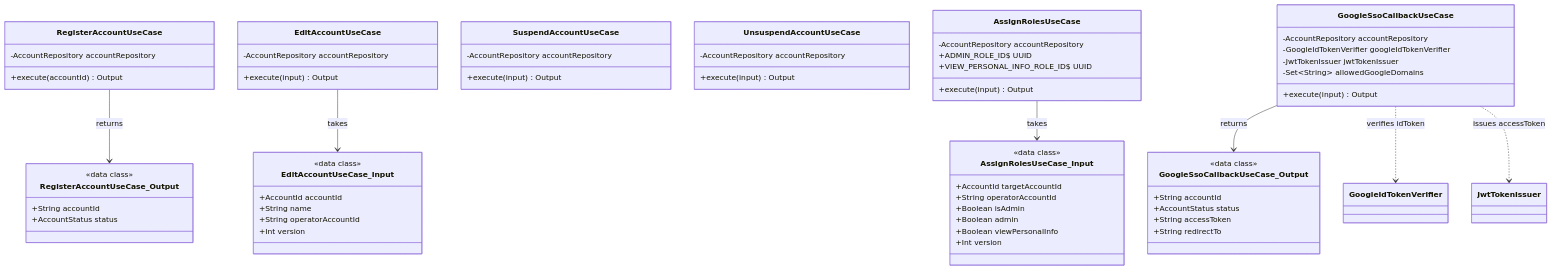
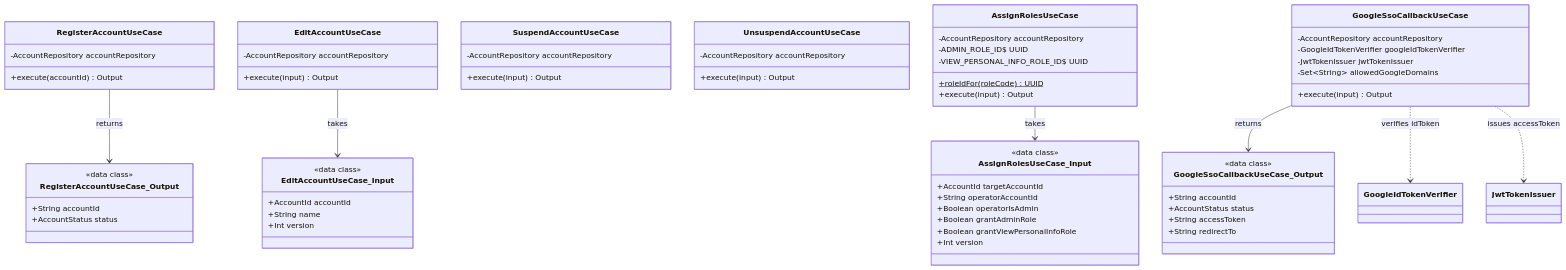
One commit to OkochiDesu/kakehashi-api changed the first of 3 diagrams in src/main/kotlin/com/kakehashi/usecase/account/README.md. Above: the diagram before and after it, drawn with Mermaid. The commit also changed other lines of this file and 23 other files, not shown here.

````diff
--- a/src/main/kotlin/com/kakehashi/usecase/account/README.md
+++ b/src/main/kotlin/com/kakehashi/usecase/account/README.md
@@ -12,72 +12,72 @@
 ```mermaid
 classDiagram
     class RegisterAccountUseCase {
         -AccountRepository accountRepository
         +execute(accountId) Output
     }
     class RegisterAccountUseCase_Output {
         <<data class>>
         +String accountId
         +AccountStatus status
     }
 
     class EditAccountUseCase {
         -AccountRepository accountRepository
         +execute(input) Output
     }
     class EditAccountUseCase_Input {
         <<data class>>
         +AccountId accountId
         +String name
-        +String operatorAccountId
         +Int version
     }
 
     class SuspendAccountUseCase {
         -AccountRepository accountRepository
         +execute(input) Output
     }
 
     class UnsuspendAccountUseCase {
         -AccountRepository accountRepository
         +execute(input) Output
     }
 
     class AssignRolesUseCase {
         -AccountRepository accountRepository
-        +ADMIN_ROLE_ID$ UUID
-        +VIEW_PERSONAL_INFO_ROLE_ID$ UUID
+        -ADMIN_ROLE_ID$ UUID
+        -VIEW_PERSONAL_INFO_ROLE_ID$ UUID
+        +roleIdFor(roleCode)$ UUID
         +execute(input) Output
     }
     class AssignRolesUseCase_Input {
         <<data class>>
         +AccountId targetAccountId
         +String operatorAccountId
-        +Boolean isAdmin
-        +Boolean admin
-        +Boolean viewPersonalInfo
+        +Boolean operatorIsAdmin
+        +Boolean grantAdminRole
+        +Boolean grantViewPersonalInfoRole
         +Int version
     }
 
     class GoogleSsoCallbackUseCase {
         -AccountRepository accountRepository
         -GoogleIdTokenVerifier googleIdTokenVerifier
         -JwtTokenIssuer jwtTokenIssuer
         -Set~String~ allowedGoogleDomains
         +execute(input) Output
     }
     class GoogleSsoCallbackUseCase_Output {
         <<data class>>
         +String accountId
         +AccountStatus status
         +String accessToken
         +String redirectTo
     }
 
     RegisterAccountUseCase --> RegisterAccountUseCase_Output : returns
     GoogleSsoCallbackUseCase --> GoogleSsoCallbackUseCase_Output : returns
     GoogleSsoCallbackUseCase ..> GoogleIdTokenVerifier : verifies idToken
     GoogleSsoCallbackUseCase ..> JwtTokenIssuer : issues accessToken
     EditAccountUseCase --> EditAccountUseCase_Input : takes
     AssignRolesUseCase --> AssignRolesUseCase_Input : takes
 ```
````
